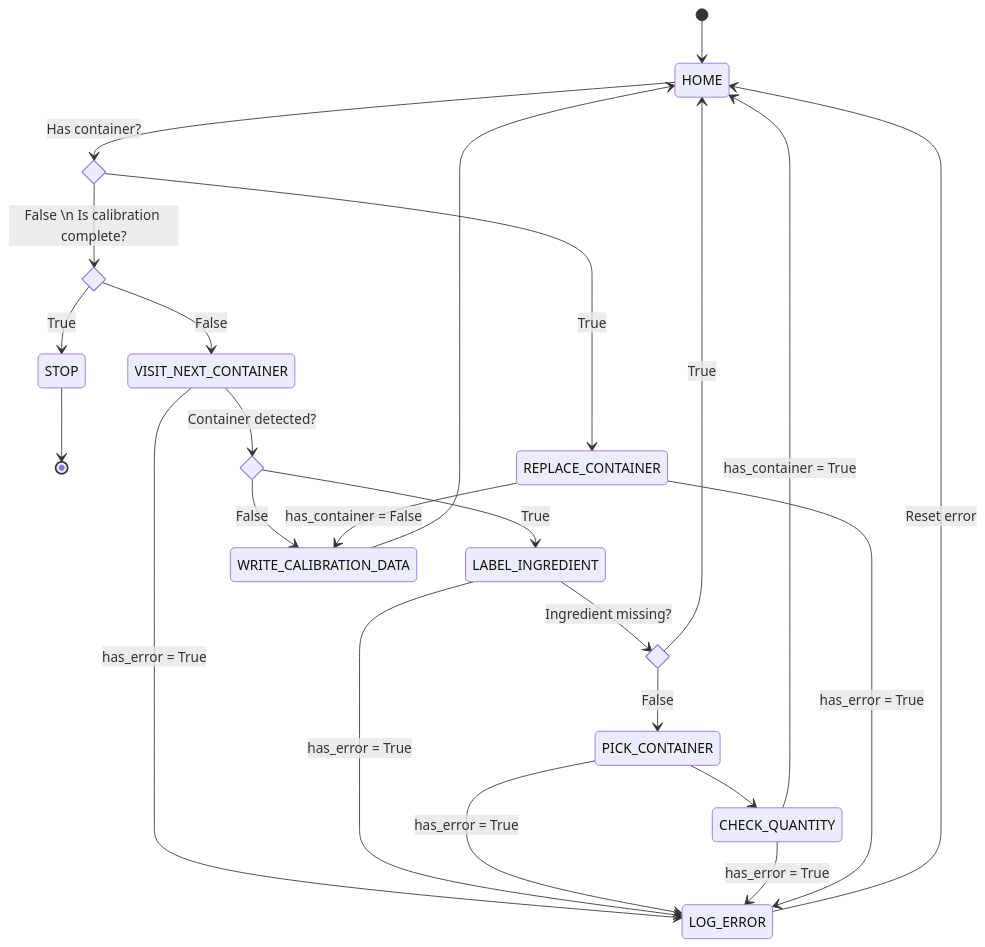
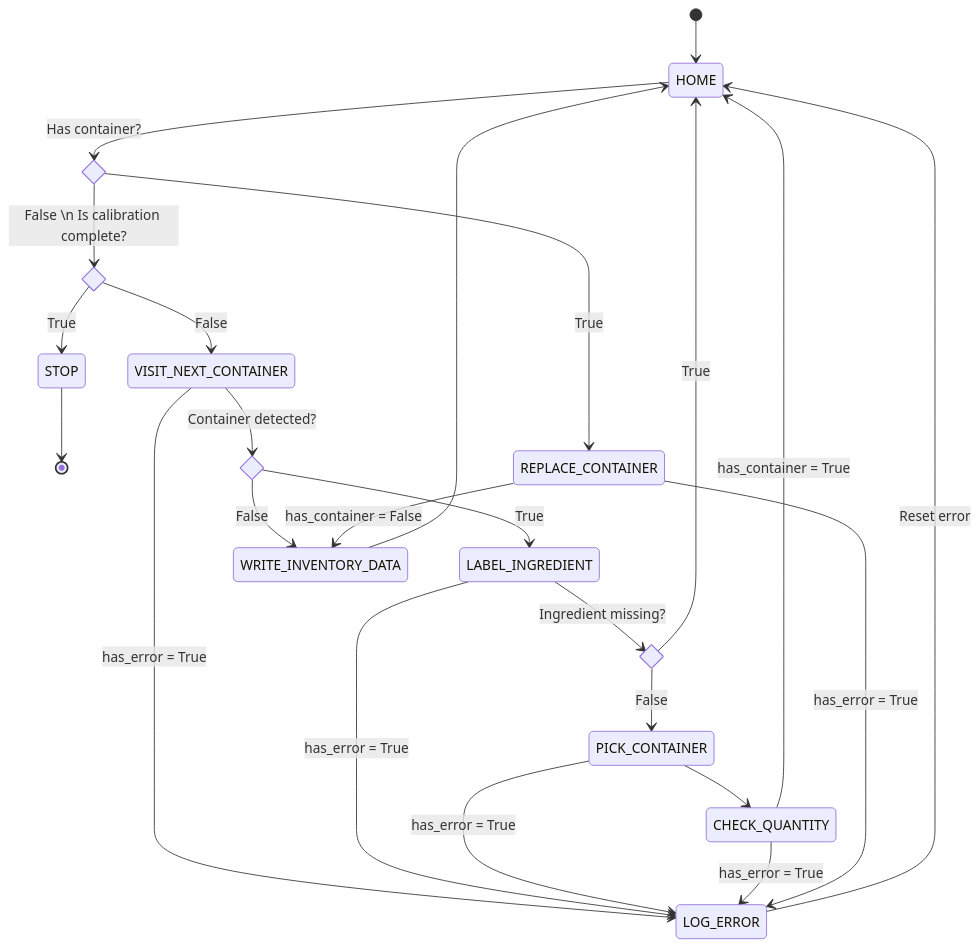
The second of 3 diagrams in README.md (ratatouille-robotics/ratatouille_planner), drawn with Mermaid before and after one commit. The commit also changed 1 other file, not shown here.

Commit message:
Add container placed position to inventory file

````diff
--- a/README.md
+++ b/README.md
@@ -43,42 +43,42 @@
 ```mermaid
 stateDiagram-v2
     [*] --> HOME
     STOP--> [*]
 
     state has_container <<choice>>
     state has_request1 <<choice>>
     state container_detected <<choice>>
     state ingredient_missing <<choice>>
 
     
     HOME --> has_container: Has container?
     has_container --> has_request1: False \n Is calibration complete?
     has_container --> REPLACE_CONTAINER: True
 
     has_request1 --> STOP: True
     
     has_request1 --> VISIT_NEXT_CONTAINER: False
 
     VISIT_NEXT_CONTAINER --> container_detected: Container detected?
     container_detected --> LABEL_INGREDIENT: True
-    container_detected --> WRITE_CALIBRATION_DATA: False
+    container_detected --> WRITE_INVENTORY_DATA: False
     LABEL_INGREDIENT --> ingredient_missing: Ingredient missing?
     ingredient_missing --> HOME: True
     ingredient_missing --> PICK_CONTAINER: False
     PICK_CONTAINER --> CHECK_QUANTITY
 
-    REPLACE_CONTAINER --> WRITE_CALIBRATION_DATA: has_container = False
-    WRITE_CALIBRATION_DATA --> HOME
+    REPLACE_CONTAINER --> WRITE_INVENTORY_DATA: has_container = False
+    WRITE_INVENTORY_DATA --> HOME
 
     CHECK_QUANTITY --> HOME: has_container = True
 
     LOG_ERROR --> HOME: Reset error
 
     
     VISIT_NEXT_CONTAINER --> LOG_ERROR: has_error = True
     LABEL_INGREDIENT --> LOG_ERROR: has_error = True
     PICK_CONTAINER --> LOG_ERROR: has_error = True
     CHECK_QUANTITY --> LOG_ERROR: has_error = True
     REPLACE_CONTAINER --> LOG_ERROR: has_error = True
 
 ```
````
